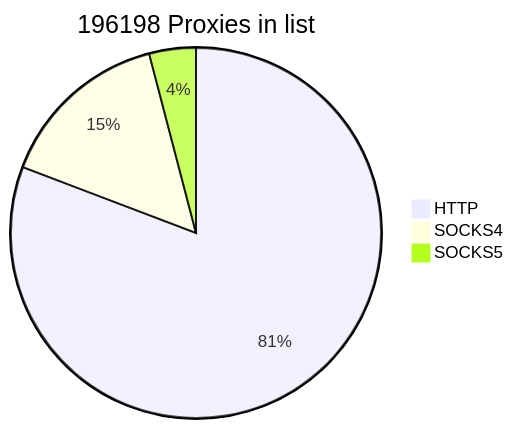
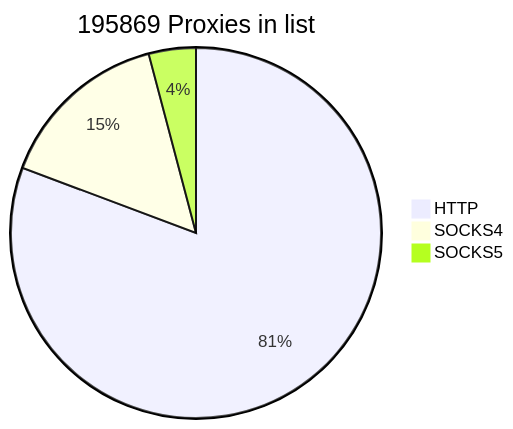
The first of 2 diagrams in README.md (cutipu/proxylist), drawn with Mermaid before and after one commit. The commit also changed other lines of this file, not shown here.

````diff
--- a/README.md
+++ b/README.md
@@ -2,7 +2,7 @@
 ```mermaid
-pie title 196198 Proxies in list
-    "HTTP" : 158499
-    "SOCKS4" : 29711
-    "SOCKS5" : 7988
+pie title 195869 Proxies in list
+    "HTTP" : 158102
+    "SOCKS4" : 29718
+    "SOCKS5" : 8049
             
 ```
````
